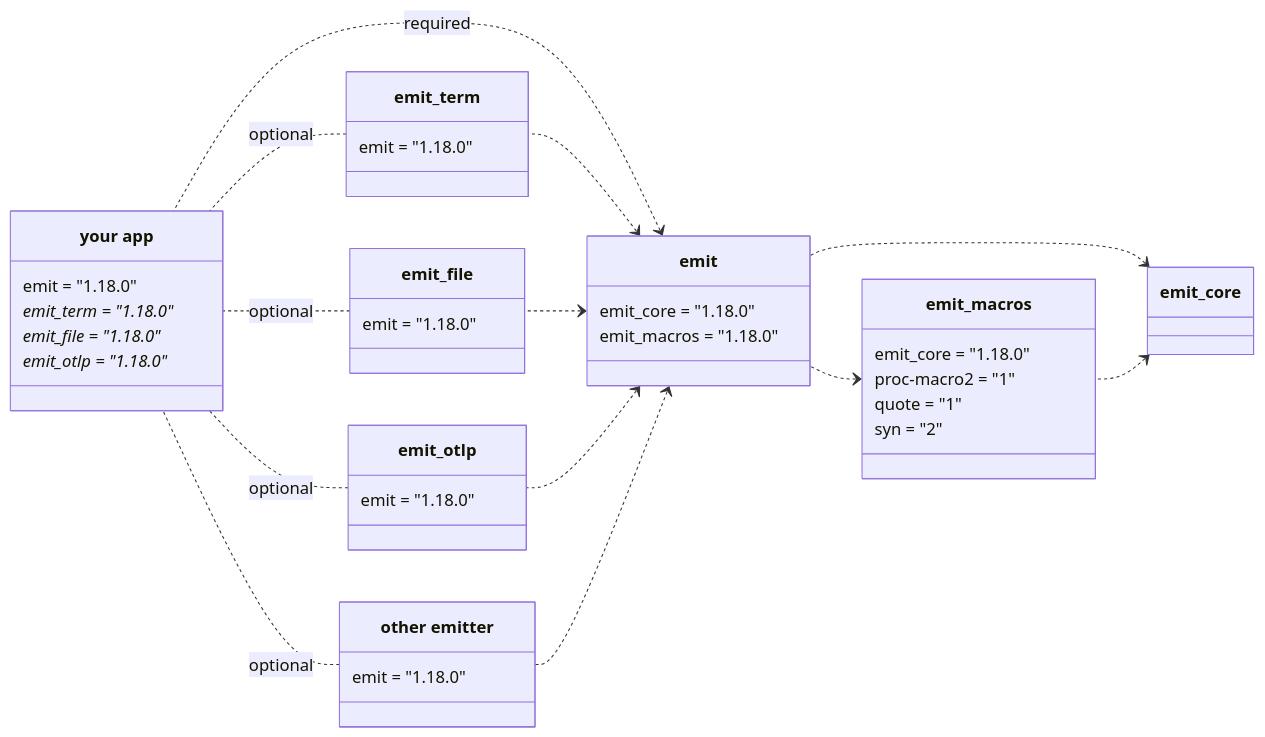
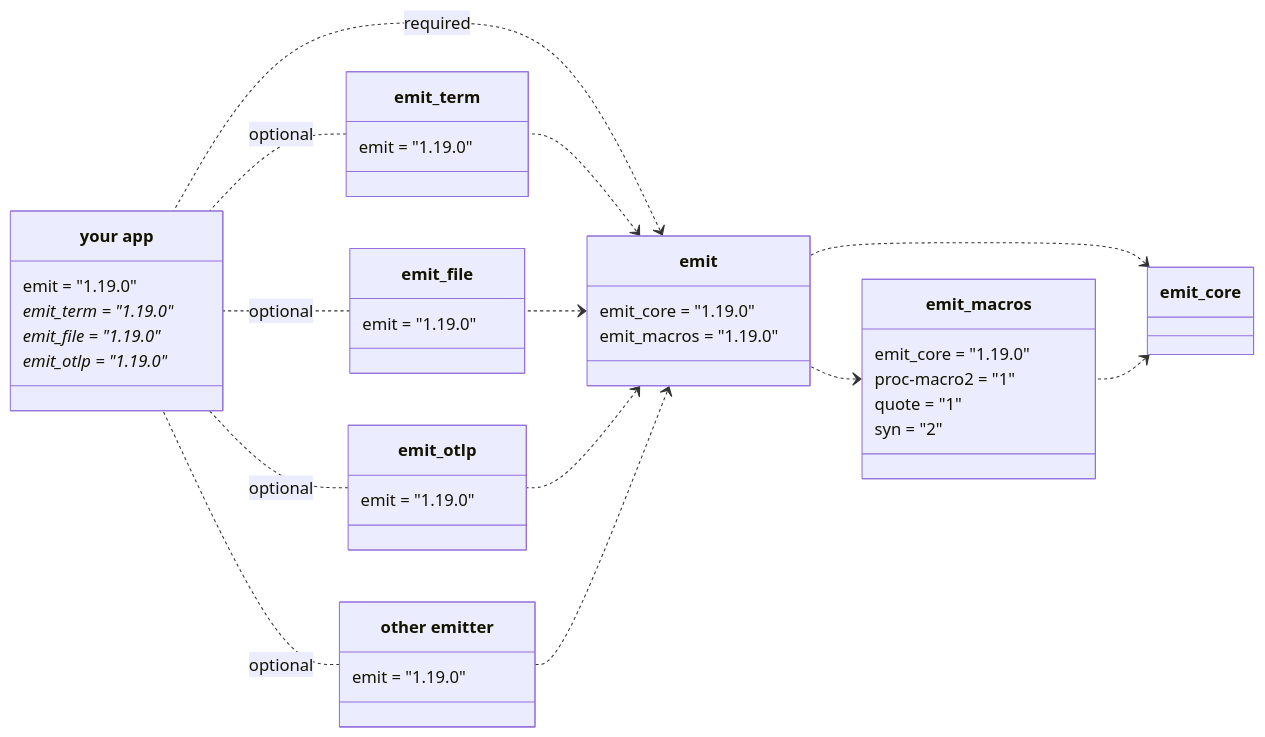
Before and after one commit to emit-rs/emit: the first of 5 diagrams in book/src/reference/architecture.md, drawn with Mermaid. The commit also changed other lines of this file and 74 other files, not shown here.

````diff
--- a/book/src/reference/architecture.md
+++ b/book/src/reference/architecture.md
@@ -9,62 +9,62 @@
 ```mermaid
 classDiagram
     direction RL
     
     emit_core <.. emit_macros
     emit_core <.. emit
     emit_macros <.. emit
 
     class emit_macros {
-        emit_core = "1.18.0"
+        emit_core = "1.19.0"
         proc-macro2 = "1"
         quote = "1"
         syn = "2"
     }
 
     emit <.. emit_term
     emit <.. emit_file
     emit <.. emit_otlp
     emit <.. emit_custom
 
     emit <.. app : required
 
     class emit {
-        emit_core = "1.18.0"
-        emit_macros = "1.18.0"
+        emit_core = "1.19.0"
+        emit_macros = "1.19.0"
     }
 
     emit_term .. app : optional
     emit_file .. app : optional
     emit_otlp .. app : optional
     emit_custom .. app : optional
 
     class emit_term {
-        emit = "1.18.0"
+        emit = "1.19.0"
     }
 
     class emit_file {
-        emit = "1.18.0"
+        emit = "1.19.0"
     }
 
     class emit_otlp {
-        emit = "1.18.0"
+        emit = "1.19.0"
     }
 
     class emit_custom["other emitter"] {
-        emit = "1.18.0"
+        emit = "1.19.0"
     }
 
     class app["your app"] {
-        emit = "1.18.0"
-        emit_term = "1.18.0"*
-        emit_file = "1.18.0"*
-        emit_otlp = "1.18.0"*
+        emit = "1.19.0"
+        emit_term = "1.19.0"*
+        emit_file = "1.19.0"*
+        emit_otlp = "1.19.0"*
     }
 
-    click emit_core href "https://docs.rs/emit_core/1.18.0/emit_core/index.html"
-    click emit_macros href "https://docs.rs/emit_macros/1.18.0/emit_macros/index.html"
-    click emit href "https://docs.rs/emit/1.18.0/emit/index.html"
-    click emit_term href "https://docs.rs/emit_term/1.18.0/emit_term/index.html"
-    click emit_file href "https://docs.rs/emit_file/1.18.0/emit_file/index.html"
-    click emit_otlp href "https://docs.rs/emit_otlp/1.18.0/emit_otlp/index.html"
+    click emit_core href "https://docs.rs/emit_core/1.19.0/emit_core/index.html"
+    click emit_macros href "https://docs.rs/emit_macros/1.19.0/emit_macros/index.html"
+    click emit href "https://docs.rs/emit/1.19.0/emit/index.html"
+    click emit_term href "https://docs.rs/emit_term/1.19.0/emit_term/index.html"
+    click emit_file href "https://docs.rs/emit_file/1.19.0/emit_file/index.html"
+    click emit_otlp href "https://docs.rs/emit_otlp/1.19.0/emit_otlp/index.html"
 ```
````
